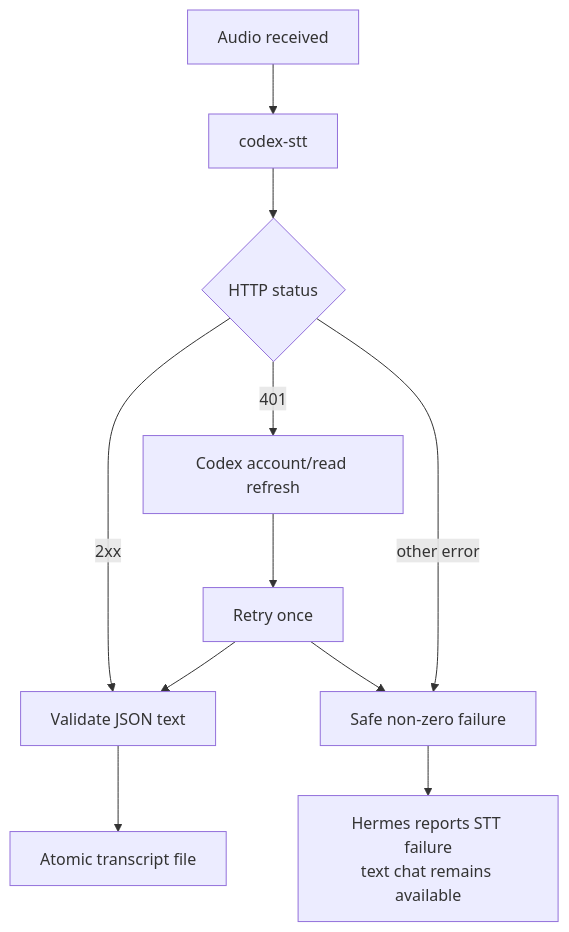
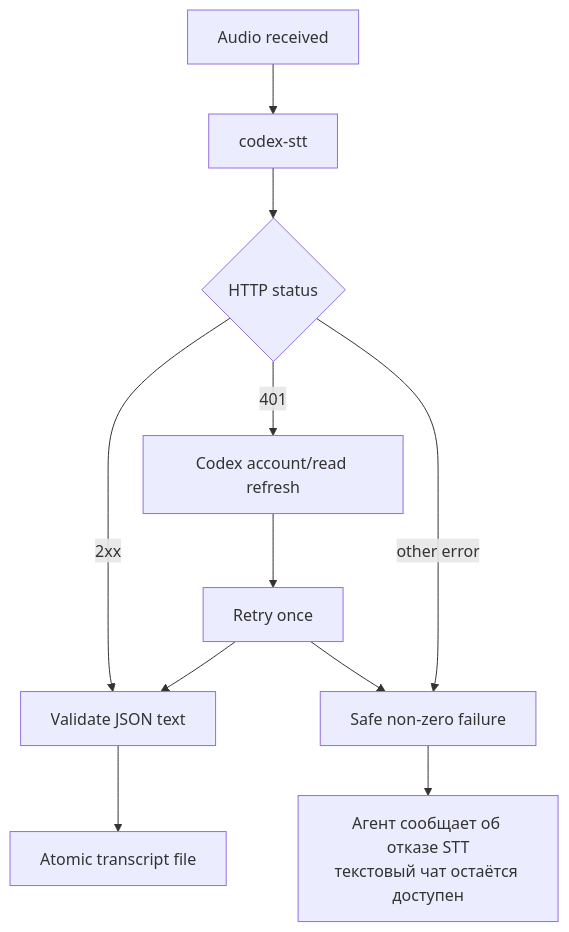
One commit to ai-babai/codex-stt-bridge changed the second of 2 diagrams in docs/ARCHITECTURE.ru.md. Above: the diagram before and after it, drawn with Mermaid. The commit also changed other lines of this file and 26 other files, not shown here.

````diff
--- a/docs/ARCHITECTURE.ru.md
+++ b/docs/ARCHITECTURE.ru.md
@@ -82,13 +82,13 @@
 ```mermaid
 flowchart TD
     A["Audio received"] --> B["codex-stt"]
     B --> C{"HTTP status"}
     C -- "2xx" --> D["Validate JSON text"]
     C -- "401" --> E["Codex account/read refresh"]
     E --> F["Retry once"]
     C -- "other error" --> G["Safe non-zero failure"]
     F --> D
     F --> G
     D --> H["Atomic transcript file"]
-    G --> I["Hermes reports STT failure<br/>text chat remains available"]
+    G --> I["Агент сообщает об отказе STT<br/>текстовый чат остаётся доступен"]
 ```
````
